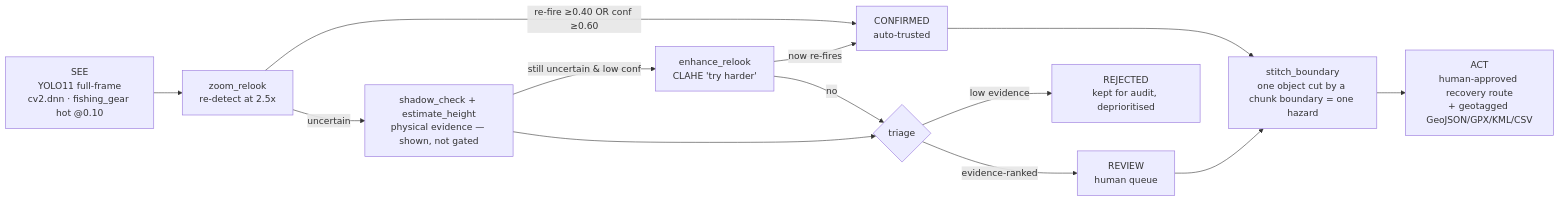
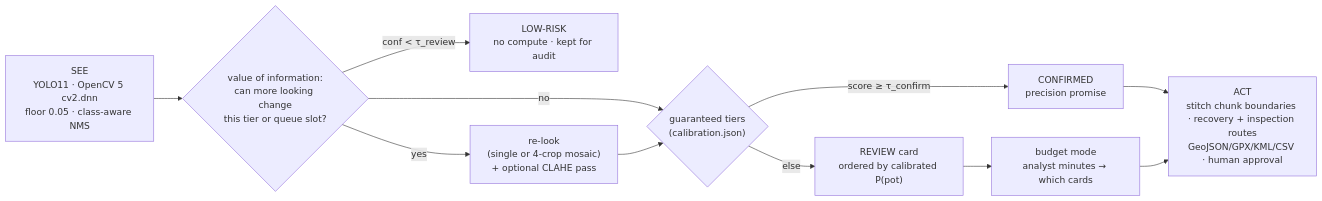
Before and after one commit to madhesh60/depth: the diagram in docs/agentic_vision.md, drawn with Mermaid. The commit also changed other lines of this file and 25 other files, not shown here.

First line of the commit message:
feat(agentic): guaranteed tiers fit on validation + value-of-information agent + budget mode

````diff
--- a/docs/agentic_vision.md
+++ b/docs/agentic_vision.md
@@ -17,15 +19,13 @@
 ```mermaid
 flowchart LR
-  SEE["SEE<br/>YOLO11 full-frame<br/>cv2.dnn · fishing_gear hot @0.10"] --> RL["zoom_relook<br/>re-detect at 2.5x"]
-  RL -->|"re-fire ≥0.40 OR conf ≥0.60"| CONF["CONFIRMED<br/>auto-trusted"]
-  RL -->|uncertain| SH["shadow_check + estimate_height<br/>physical evidence — shown, not gated"]
-  SH -->|"still uncertain & low conf"| EN["enhance_relook<br/>CLAHE 'try harder'"]
-  EN -->|now re-fires| CONF
-  EN -->|no| TRI{triage}
-  SH --> TRI
-  TRI -->|evidence-ranked| REV["REVIEW<br/>human queue"]
-  TRI -->|low evidence| REJ["REJECTED<br/>kept for audit, deprioritised"]
-  CONF --> MP["stitch_boundary<br/>one object cut by a chunk boundary = one hazard"]
-  REV --> MP
-  MP --> ACT["ACT<br/>human-approved recovery route<br/>+ geotagged GeoJSON/GPX/KML/CSV"]
+  SEE["SEE<br/>YOLO11 · OpenCV 5 cv2.dnn<br/>floor 0.05 · class-aware NMS"] --> VOI{"value of information:<br/>can more looking change<br/>this tier or queue slot?"}
+  VOI -->|"conf < τ_review"| LOW["LOW-RISK<br/>no compute · kept for audit"]
+  VOI -->|"no"| TIER
+  VOI -->|"yes"| RL["re-look<br/>(single or 4-crop mosaic)<br/>+ optional CLAHE pass"]
+  RL --> TIER{"guaranteed tiers<br/>(calibration.json)"}
+  TIER -->|"score ≥ τ_confirm"| CONF["CONFIRMED<br/>precision promise"]
+  TIER -->|"else"| REV["REVIEW card<br/>ordered by calibrated P(pot)"]
+  CONF --> ACT
+  REV --> BUD["budget mode<br/>analyst minutes → which cards"]
+  BUD --> ACT["ACT<br/>stitch chunk boundaries · recovery + inspection routes<br/>GeoJSON/GPX/KML/CSV · human approval"]
 ```
````
